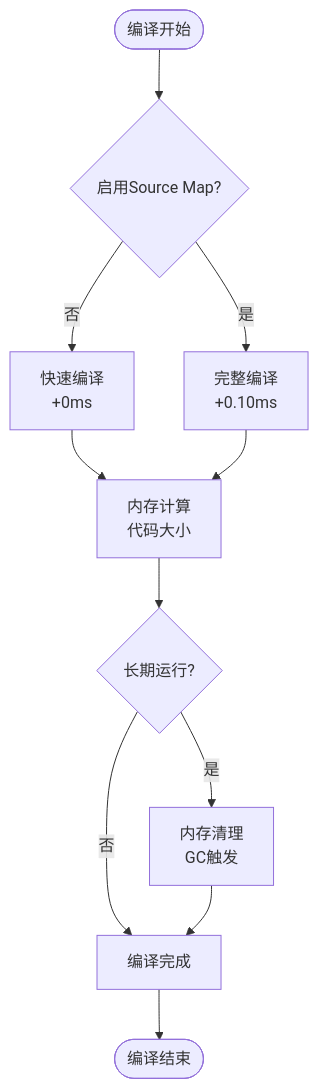
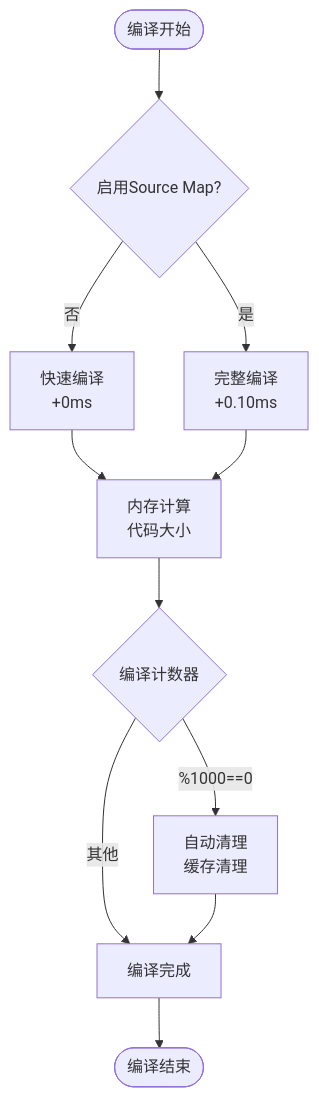
The sixth of 7 diagrams in .qoder/repowiki/zh/content/项目概述/技术架构总览/Source Map评估与优化.md (itszzl-sudo/iris), drawn with Mermaid before and after one commit. The commit also changed other lines of this file and 23 other files, not shown here.

````diff
--- a/.qoder/repowiki/zh/content/项目概述/技术架构总览/Source Map评估与优化.md
+++ b/.qoder/repowiki/zh/content/项目概述/技术架构总览/Source Map评估与优化.md
@@ -206,13 +234,13 @@
 ```mermaid
 flowchart TD
 Start([编译开始]) --> CheckSM{"启用Source Map?"}
 CheckSM --> |否| FastPath["快速编译<br/>+0ms"]
 CheckSM --> |是| SlowPath["完整编译<br/>+0.10ms"]
 FastPath --> MemoryCalc["内存计算<br/>代码大小"]
 SlowPath --> MemoryCalc
-MemoryCalc --> Accumulate{"长期运行?"}
-Accumulate --> |否| Done[编译完成]
-Accumulate --> |是| Cleanup["内存清理<br/>GC触发"]
+MemoryCalc --> CompileCounter{"编译计数器"}
+CompileCounter --> |%1000==0| Cleanup["自动清理<br/>缓存清理"]
+CompileCounter --> |其他| Done[编译完成]
 Cleanup --> Done
 Done --> End([编译结束])
 ```
````
